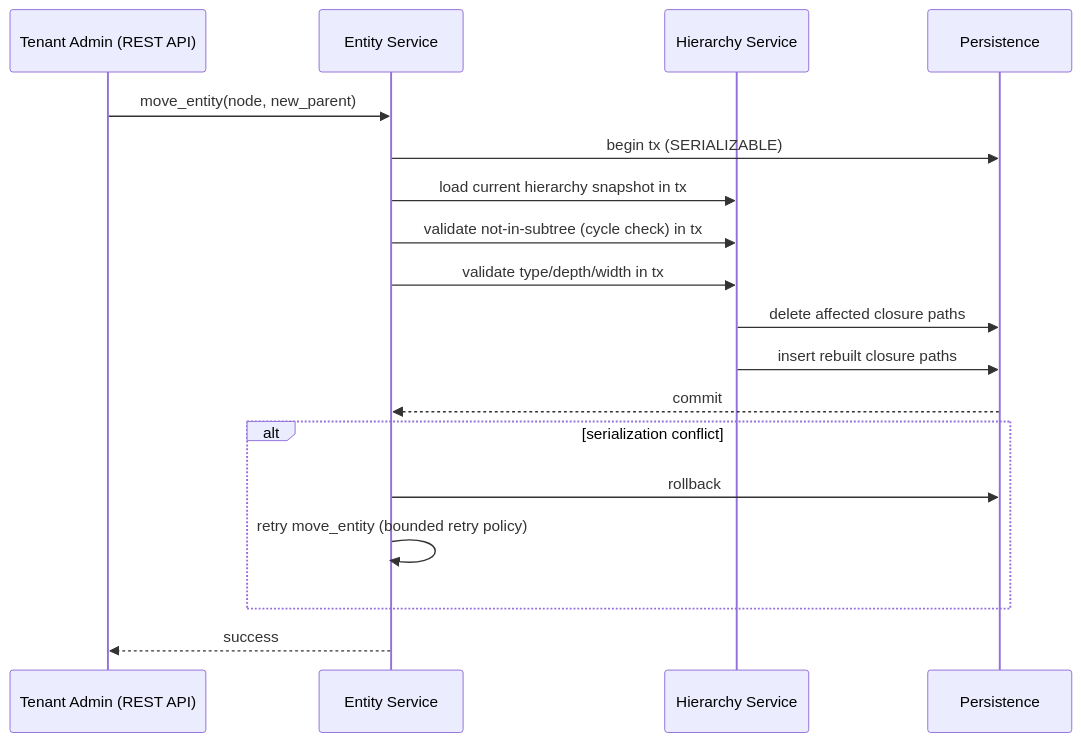
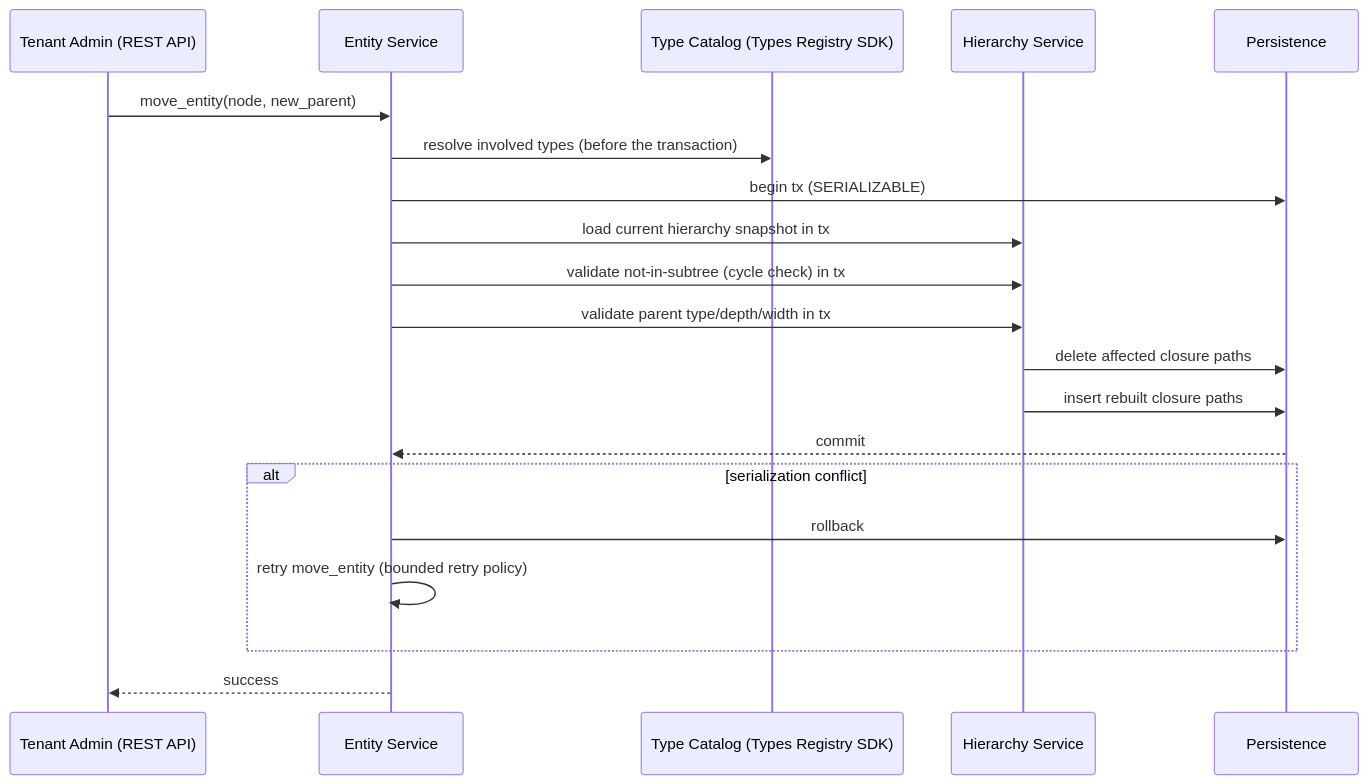
The third of 8 diagrams in gears/system/resource-group/docs/DESIGN.md (constructorfabric/gears-rust), drawn with Mermaid before and after one commit. The commit also changed other lines of this file and 21 other files, not shown here.

First line of the commit message:
docs(resource-group): resource-group types live in Types Registry

````diff
--- a/gears/system/resource-group/docs/DESIGN.md
+++ b/gears/system/resource-group/docs/DESIGN.md
@@ -707,21 +707,23 @@
 ```mermaid
 sequenceDiagram
     participant TA as Tenant Admin (REST API)
     participant ES as Entity Service
+    participant TC as Type Catalog (Types Registry SDK)
     participant HS as Hierarchy Service
     participant DB as Persistence
 
     TA->>ES: move_entity(node, new_parent)
+    ES->>TC: resolve involved types (before the transaction)
     ES->>DB: begin tx (SERIALIZABLE)
     ES->>HS: load current hierarchy snapshot in tx
     ES->>HS: validate not-in-subtree (cycle check) in tx
-    ES->>HS: validate type/depth/width in tx
+    ES->>HS: validate parent type/depth/width in tx
     HS->>DB: delete affected closure paths
     HS->>DB: insert rebuilt closure paths
     DB-->>ES: commit
     alt serialization conflict
         ES->>DB: rollback
         ES->>ES: retry move_entity (bounded retry policy)
     end
     ES-->>TA: success
 ```
````
